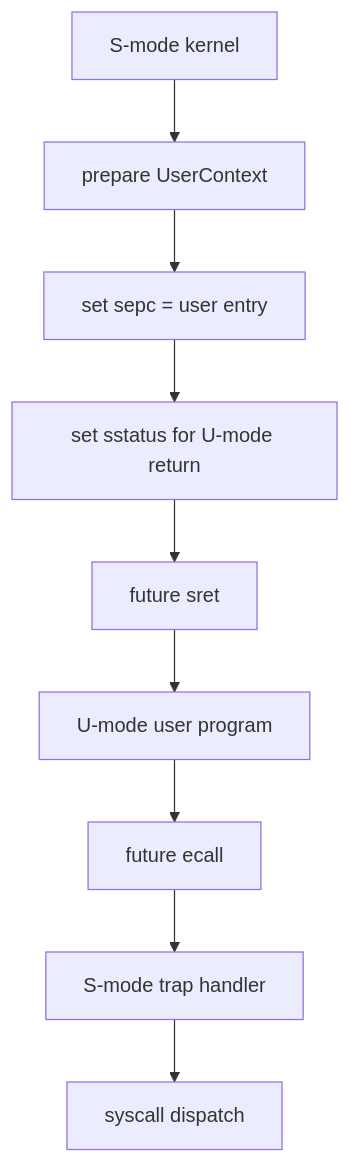
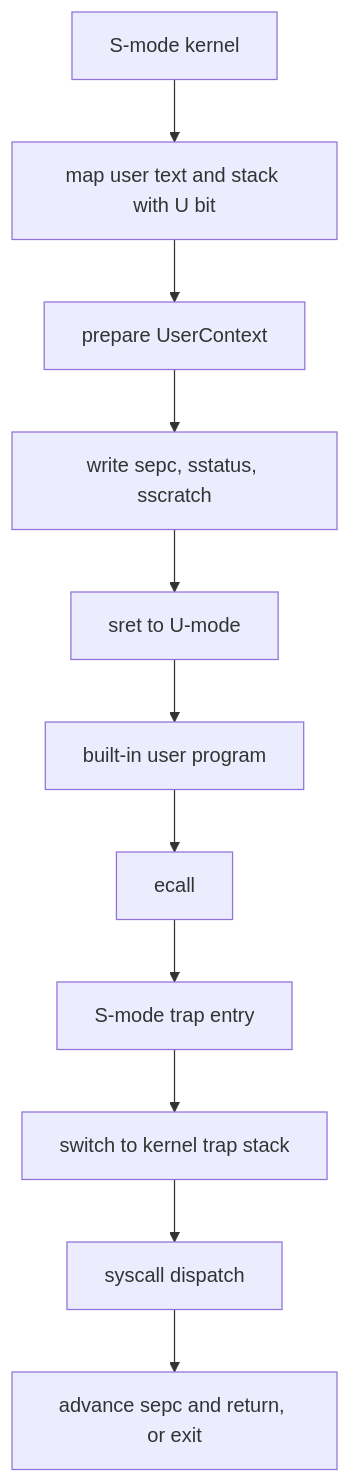
The diagram in docs/labs/lab6.md (yicanzhang776-tech/os), drawn with Mermaid before and after one commit. The commit also changed other lines of this file and 8 other files, not shown here.

Commit message:
lab6: complete user mode and syscall exercise solution

````diff
--- a/docs/labs/lab6.md
+++ b/docs/labs/lab6.md
@@ -147,11 +137,13 @@
 ```mermaid
 flowchart TD
-    kernel["S-mode kernel"] --> prepare["prepare UserContext"]
-    prepare --> sepc["set sepc = user entry"]
-    sepc --> sstatus["set sstatus for U-mode return"]
-    sstatus --> sret["future sret"]
-    sret --> user["U-mode user program"]
-    user --> ecall["future ecall"]
-    ecall --> trap["S-mode trap handler"]
-    trap --> syscall["syscall dispatch"]
+    kernel["S-mode kernel"] --> map["map user text and stack with U bit"]
+    map --> prepare["prepare UserContext"]
+    prepare --> csr["write sepc, sstatus, sscratch"]
+    csr --> sret["sret to U-mode"]
+    sret --> user["built-in user program"]
+    user --> ecall["ecall"]
+    ecall --> trap["S-mode trap entry"]
+    trap --> kstack["switch to kernel trap stack"]
+    kstack --> dispatch["syscall dispatch"]
+    dispatch --> ret["advance sepc and return, or exit"]
 ```
````
